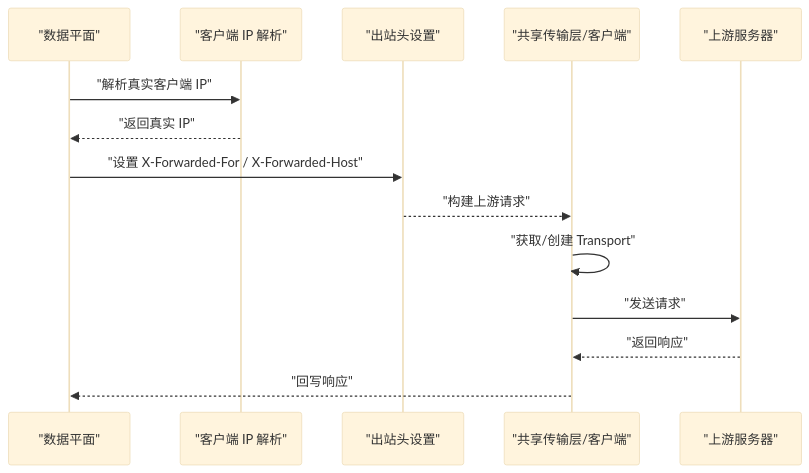
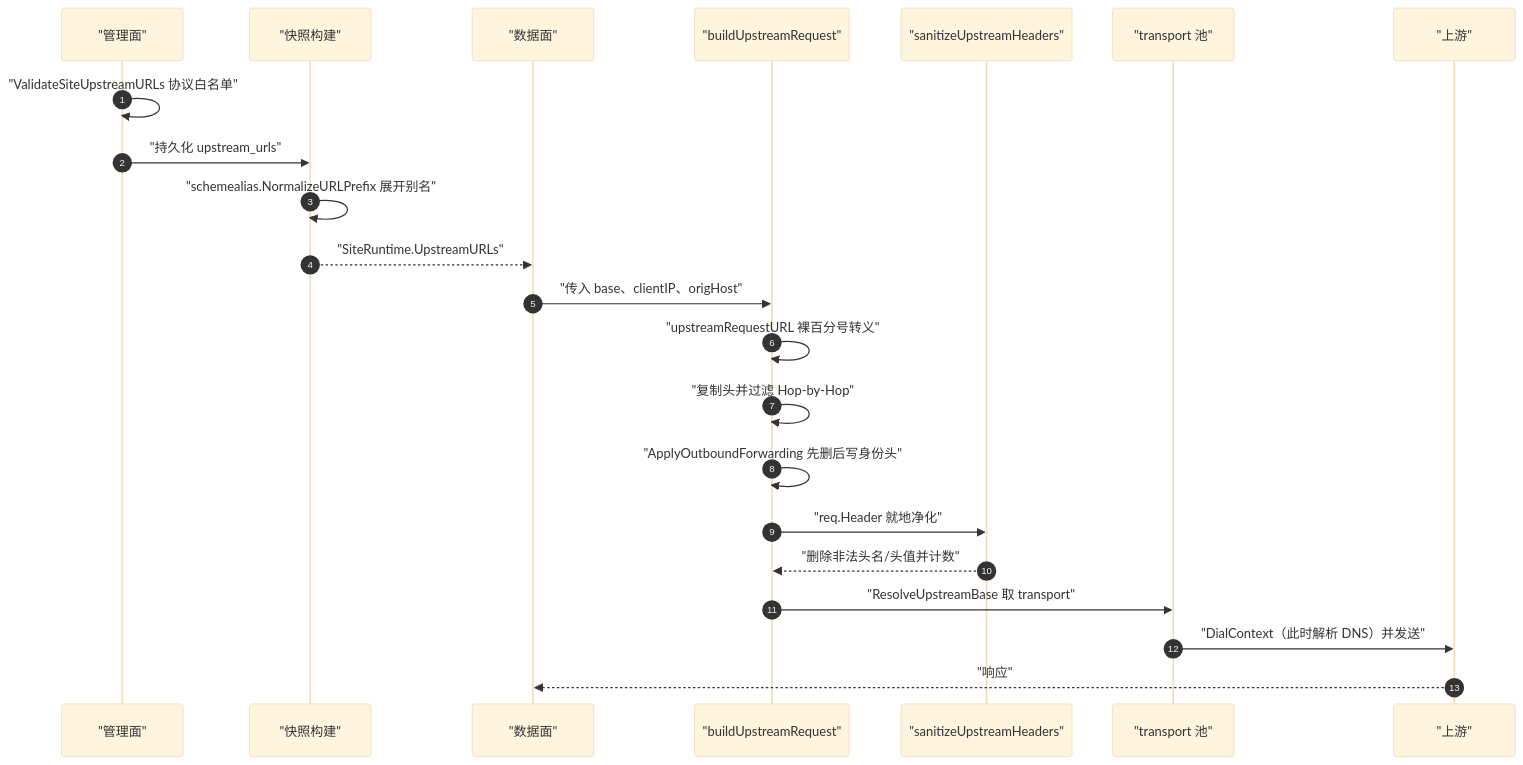
The second of 6 diagrams in docs/安全机制/出站安全控制.md (x01n/My-OpenWaf), drawn with Mermaid (base theme) before and after one commit. The commit also changed other lines of this file and 622 other files, not shown here.

````diff
--- a/docs/安全机制/出站安全控制.md
+++ b/docs/安全机制/出站安全控制.md
@@ -114,16 +171,24 @@
 ```mermaid
 sequenceDiagram
-participant DP as "数据平面"
-participant SEC_IP as "客户端 IP 解析"
-participant SEC_OUT as "出站头设置"
-participant PRX as "共享传输层/客户端"
-participant UP as "上游服务器"
-DP->>SEC_IP : "解析真实客户端 IP"
-SEC_IP-->>DP : "返回真实 IP"
-DP->>SEC_OUT : "设置 X-Forwarded-For / X-Forwarded-Host"
-SEC_OUT-->>PRX : "构建上游请求"
-PRX->>PRX : "获取/创建 Transport"
-PRX->>UP : "发送请求"
-UP-->>PRX : "返回响应"
-PRX-->>DP : "回写响应"
+  autonumber
+  participant ADM as "管理面"
+  participant SNAP as "快照构建"
+  participant DP as "数据面"
+  participant BUR as "buildUpstreamRequest"
+  participant GUARD as "sanitizeUpstreamHeaders"
+  participant TR as "transport 池"
+  participant UP as "上游"
+  ADM->>ADM: "ValidateSiteUpstreamURLs 协议白名单"
+  ADM->>SNAP: "持久化 upstream_urls"
+  SNAP->>SNAP: "schemealias.NormalizeURLPrefix 展开别名"
+  SNAP-->>DP: "SiteRuntime.UpstreamURLs"
+  DP->>BUR: "传入 base、clientIP、origHost"
+  BUR->>BUR: "upstreamRequestURL 裸百分号转义"
+  BUR->>BUR: "复制头并过滤 Hop-by-Hop"
+  BUR->>BUR: "ApplyOutboundForwarding 先删后写身份头"
+  BUR->>GUARD: "req.Header 就地净化"
+  GUARD-->>BUR: "删除非法头名/头值并计数"
+  BUR->>TR: "ResolveUpstreamBase 取 transport"
+  TR->>UP: "DialContext（此时解析 DNS）并发送"
+  UP-->>DP: "响应"
 ```
````
